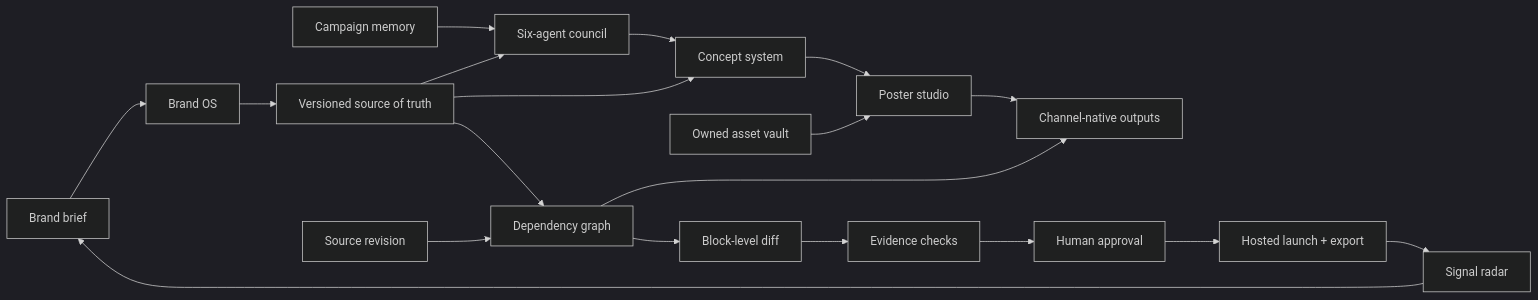
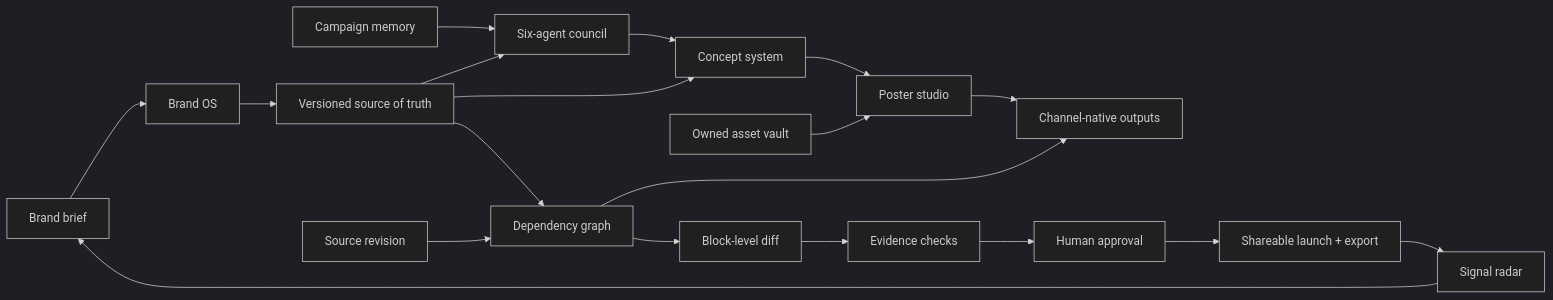
The diagram in README.md (JagadeeshwaranCEO/RECAST), drawn with Mermaid (dark theme) before and after one commit. The commit also changed other lines of this file and 11 other files, not shown here.

Commit message:
Focus RECAST into a governed campaign launch flow

````diff
--- a/README.md
+++ b/README.md
@@ -109,21 +111,21 @@
 ```mermaid
 flowchart LR
     B[Brand brief] --> OS[Brand OS]
     OS --> S[Versioned source of truth]
     M[Campaign memory] --> A[Six-agent council]
     S --> A
     A --> C[Concept system]
     S --> C
     C --> P[Poster studio]
     V[Owned asset vault] --> P
     P --> O[Channel-native outputs]
     S --> G[Dependency graph]
     G --> O
     R[Source revision] --> G
     G --> D[Block-level diff]
     D --> Q[Evidence checks]
     Q --> H[Human approval]
-    H --> L[Hosted launch + export]
+    H --> L[Shareable launch + export]
     L --> SR[Signal radar]
     SR --> B
 ```
````
